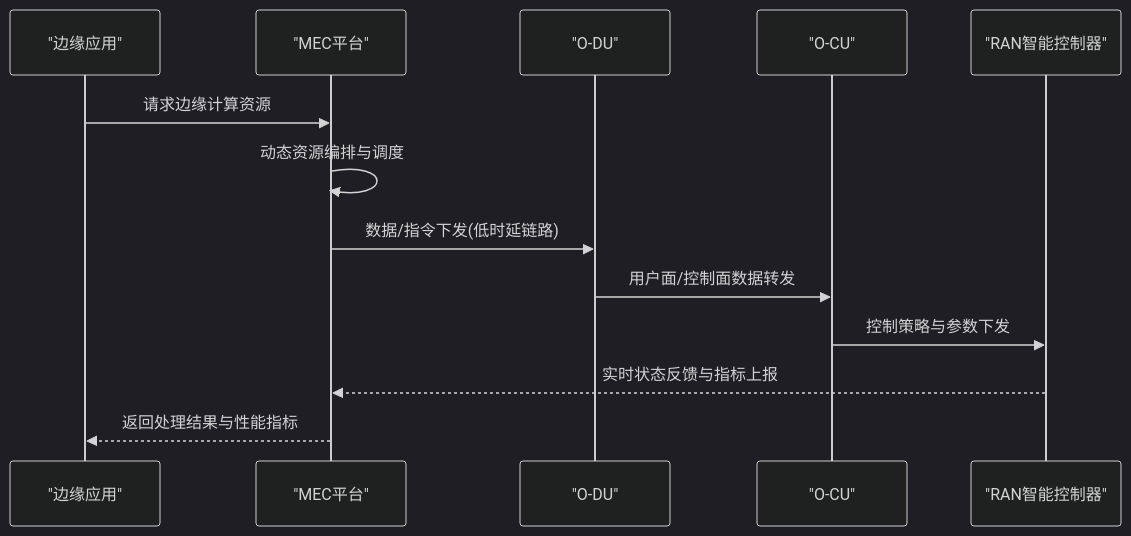
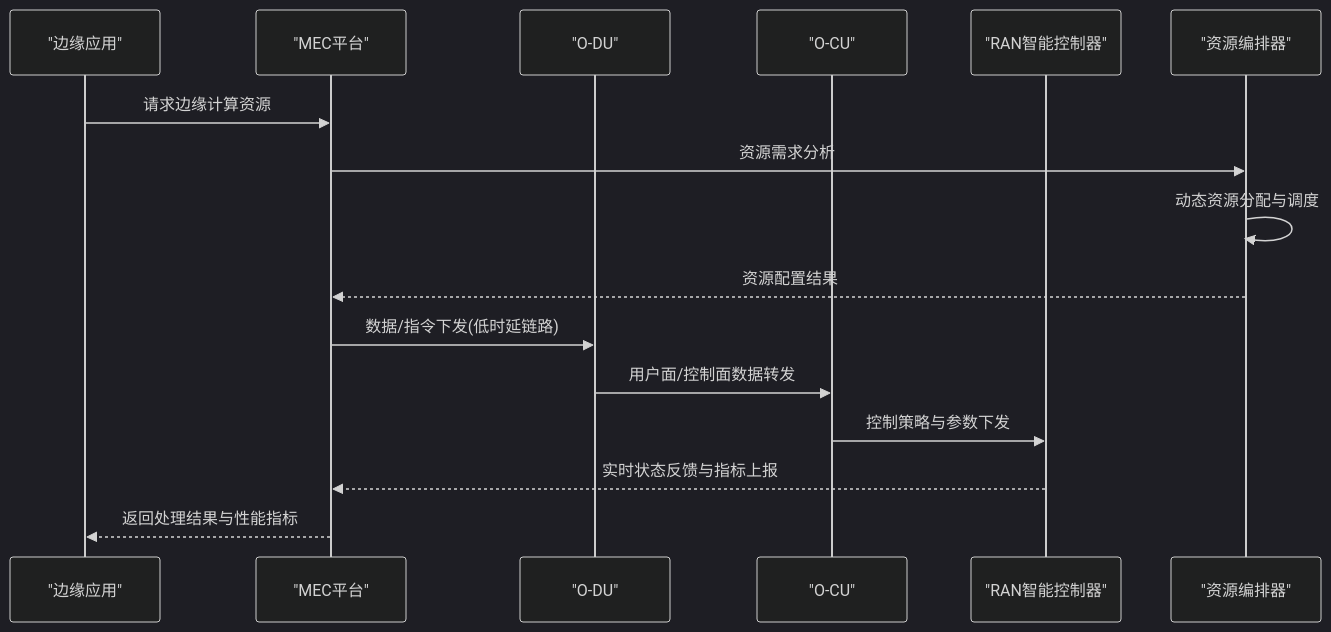
The third of 10 diagrams in .qoder/repowiki/zh/content/应用场景/边缘计算集成.md (allengaller/oran-database), drawn with Mermaid (dark theme) before and after one commit. The commit also changed other lines of this file and 32 other files, not shown here.

````diff
--- a/.qoder/repowiki/zh/content/应用场景/边缘计算集成.md
+++ b/.qoder/repowiki/zh/content/应用场景/边缘计算集成.md
@@ -141,15 +150,18 @@
 ```mermaid
 sequenceDiagram
 participant APP as "边缘应用"
 participant MEC as "MEC平台"
 participant DU as "O-DU"
 participant CU as "O-CU"
 participant RIC as "RAN智能控制器"
+participant RES as "资源编排器"
 APP->>MEC : 请求边缘计算资源
-MEC->>MEC : 动态资源编排与调度
+MEC->>RES : 资源需求分析
+RES->>RES : 动态资源分配与调度
+RES-->>MEC : 资源配置结果
 MEC->>DU : 数据/指令下发(低时延链路)
 DU->>CU : 用户面/控制面数据转发
 CU->>RIC : 控制策略与参数下发
 RIC-->>MEC : 实时状态反馈与指标上报
 MEC-->>APP : 返回处理结果与性能指标
 ```
````
